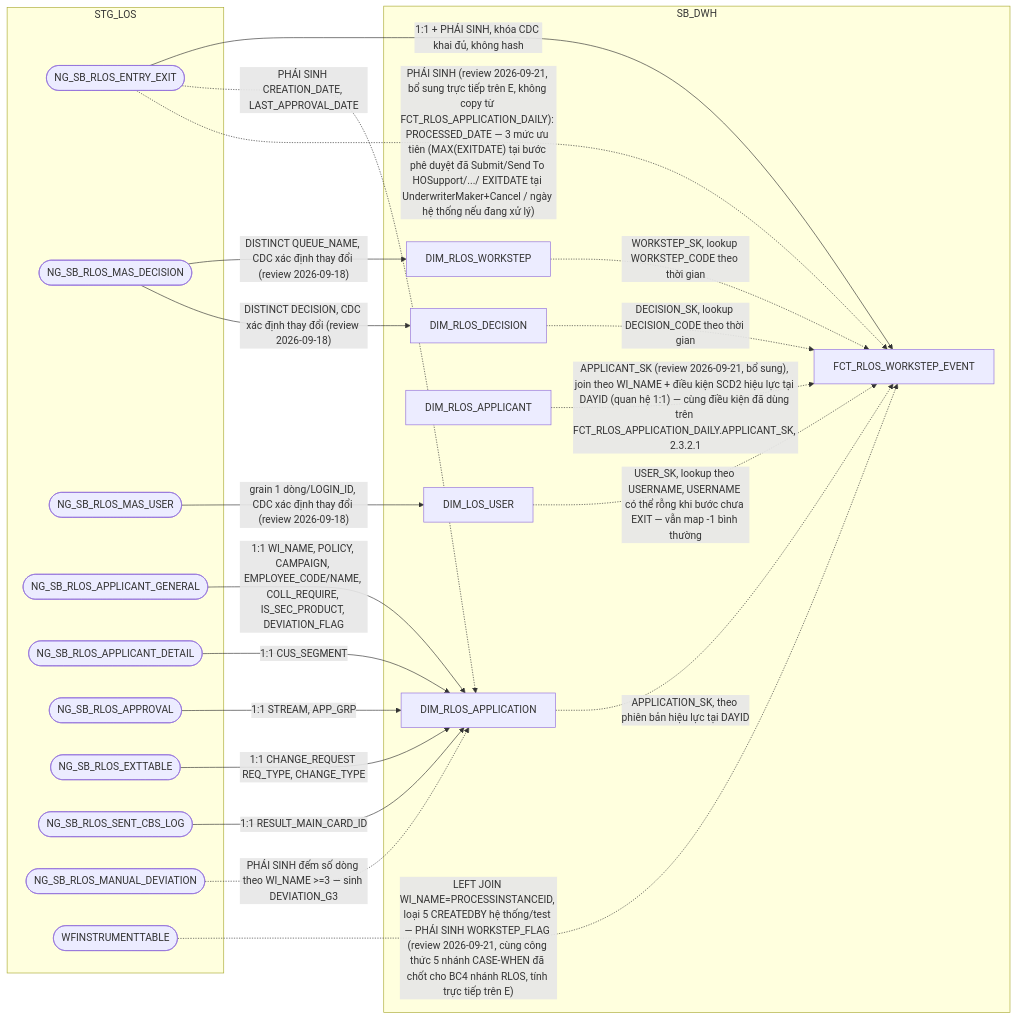
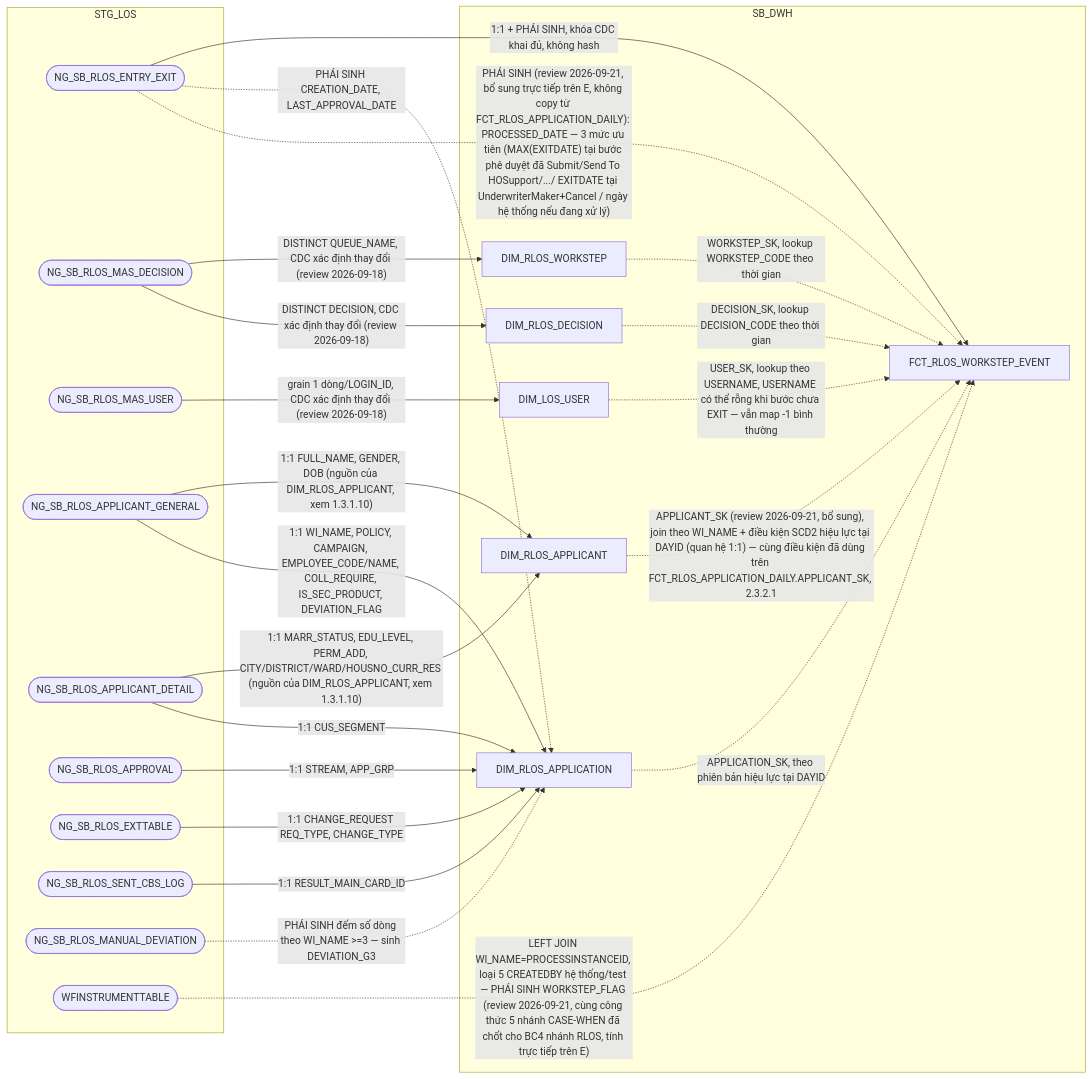
Diagram 13 of 13 in hld/HLD_FCT_SB_DWH.md (chien1198/sb-mapping-gen), drawn with Mermaid before and after one commit. The commit also changed other lines of this file and 113 other files, not shown here.

````diff
--- a/hld/HLD_FCT_SB_DWH.md
+++ b/hld/HLD_FCT_SB_DWH.md
@@ -1156,41 +1197,43 @@
 ```mermaid
 flowchart LR
     subgraph STG_LOS
         B(["NG_SB_RLOS_ENTRY_EXIT"])
         MW(["NG_SB_RLOS_MAS_DECISION"])
         U(["NG_SB_RLOS_MAS_USER"])
         P1(["NG_SB_RLOS_APPLICANT_GENERAL"])
         P2(["NG_SB_RLOS_APPLICANT_DETAIL"])
         P3(["NG_SB_RLOS_APPROVAL"])
         P4(["NG_SB_RLOS_EXTTABLE"])
         P5(["NG_SB_RLOS_SENT_CBS_LOG"])
         P7(["NG_SB_RLOS_MANUAL_DEVIATION"])
         WF(["WFINSTRUMENTTABLE"])
     end
     subgraph SB_DWH
         WS["DIM_RLOS_WORKSTEP"]
         DC["DIM_RLOS_DECISION"]
         US["DIM_LOS_USER"]
         AP["DIM_RLOS_APPLICATION"]
         AC["DIM_RLOS_APPLICANT"]
         E["FCT_RLOS_WORKSTEP_EVENT"]
     end
     B -->|1:1 + PHÁI SINH, khóa CDC khai đủ, không hash| E
     WS -.->|WORKSTEP_SK, lookup WORKSTEP_CODE theo thời gian| E
     DC -.->|DECISION_SK, lookup DECISION_CODE theo thời gian| E
     US -.->|USER_SK, lookup theo USERNAME, USERNAME có thể rỗng khi bước chưa EXIT — vẫn map -1 bình thường| E
     AP -.->|APPLICATION_SK, theo phiên bản hiệu lực tại DAYID| E
     AC -.->|"APPLICANT_SK (review 2026-09-21, bổ sung), join theo WI_NAME + điều kiện SCD2 hiệu lực tại DAYID (quan hệ 1:1) — cùng điều kiện đã dùng trên FCT_RLOS_APPLICATION_DAILY.APPLICANT_SK, 2.3.2.1"| E
     MW -->|"DISTINCT QUEUE_NAME, CDC xác định thay đổi (review 2026-09-18)"| WS
     MW -->|"DISTINCT DECISION, CDC xác định thay đổi (review 2026-09-18)"| DC
     U -->|"grain 1 dòng/LOGIN_ID, CDC xác định thay đổi (review 2026-09-18)"| US
+    P1 -->|"1:1 FULL_NAME, GENDER, DOB (nguồn của DIM_RLOS_APPLICANT, xem 1.3.1.10)"| AC
+    P2 -->|"1:1 MARR_STATUS, EDU_LEVEL, PERM_ADD, CITY/DISTRICT/WARD/HOUSNO_CURR_RES (nguồn của DIM_RLOS_APPLICANT, xem 1.3.1.10)"| AC
     P1 -->|1:1 WI_NAME, POLICY, CAMPAIGN, EMPLOYEE_CODE/NAME, COLL_REQUIRE, IS_SEC_PRODUCT, DEVIATION_FLAG| AP
     P2 -->|1:1 CUS_SEGMENT| AP
     P3 -->|1:1 STREAM, APP_GRP| AP
     P4 -->|1:1 CHANGE_REQUEST REQ_TYPE, CHANGE_TYPE| AP
     P5 -->|1:1 RESULT_MAIN_CARD_ID| AP
     B -.->|PHÁI SINH CREATION_DATE, LAST_APPROVAL_DATE| AP
     P7 -.->|"PHÁI SINH đếm số dòng theo WI_NAME >=3 — sinh DEVIATION_G3"| AP
     B -.->|"PHÁI SINH (review 2026-09-21, bổ sung trực tiếp trên E, không copy từ FCT_RLOS_APPLICATION_DAILY): PROCESSED_DATE — 3 mức ưu tiên (MAX(EXITDATE) tại bước phê duyệt đã Submit/Send To HOSupport/.../ EXITDATE tại UnderwriterMaker+Cancel / ngày hệ thống nếu đang xử lý)"| E
     WF -.->|"LEFT JOIN WI_NAME=PROCESSINSTANCEID, loại 5 CREATEDBY hệ thống/test — PHÁI SINH WORKSTEP_FLAG (review 2026-09-21, cùng công thức 5 nhánh CASE-WHEN đã chốt cho BC4 nhánh RLOS, tính trực tiếp trên E)"| E
 ```
````
